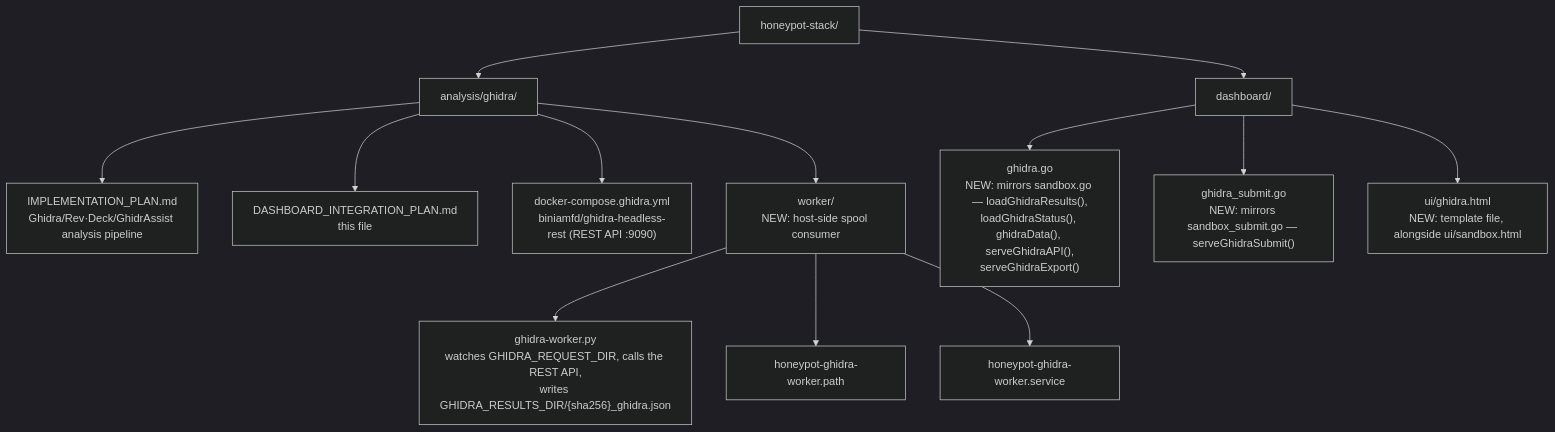
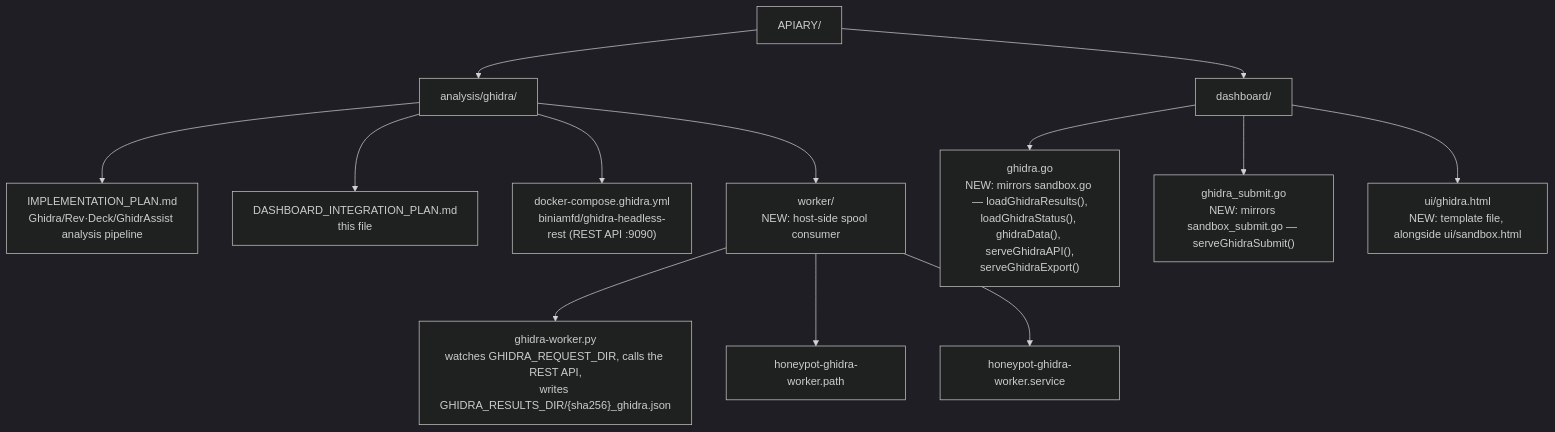
The diagram in docs/analysis/ghidra/DASHBOARD_INTEGRATION_PLAN.md (Xore/APIARY), drawn with Mermaid (dark theme) before and after one commit. The commit also changed other lines of this file and 70 other files, not shown here.

````diff
--- a/docs/analysis/ghidra/DASHBOARD_INTEGRATION_PLAN.md
+++ b/docs/analysis/ghidra/DASHBOARD_INTEGRATION_PLAN.md
@@ -106,18 +106,18 @@
 ```mermaid
 flowchart TD
-    Root["honeypot-stack/"] --> AG["analysis/ghidra/"]
+    Root["APIARY/"] --> AG["analysis/ghidra/"]
     Root --> DB["dashboard/"]
 
     AG --> IP["IMPLEMENTATION_PLAN.md<br/>Ghidra/Rev·Deck/GhidrAssist analysis pipeline"]
     AG --> DIP["DASHBOARD_INTEGRATION_PLAN.md<br/>this file"]
     AG --> DC["docker-compose.ghidra.yml<br/>biniamfd/ghidra-headless-rest (REST API :9090)"]
     AG --> W["worker/<br/>NEW: host-side spool consumer"]
 
     W --> GW["ghidra-worker.py<br/>watches GHIDRA_REQUEST_DIR, calls the REST API,<br/>writes GHIDRA_RESULTS_DIR/{sha256}_ghidra.json"]
     W --> WP["honeypot-ghidra-worker.path"]
     W --> WS["honeypot-ghidra-worker.service"]
 
     DB --> GG["ghidra.go<br/>NEW: mirrors sandbox.go — loadGhidraResults(),<br/>loadGhidraStatus(), ghidraData(), serveGhidraAPI(),<br/>serveGhidraExport()"]
     DB --> GS["ghidra_submit.go<br/>NEW: mirrors sandbox_submit.go — serveGhidraSubmit()"]
     DB --> UI["ui/ghidra.html<br/>NEW: template file, alongside ui/sandbox.html"]
 ```
````
